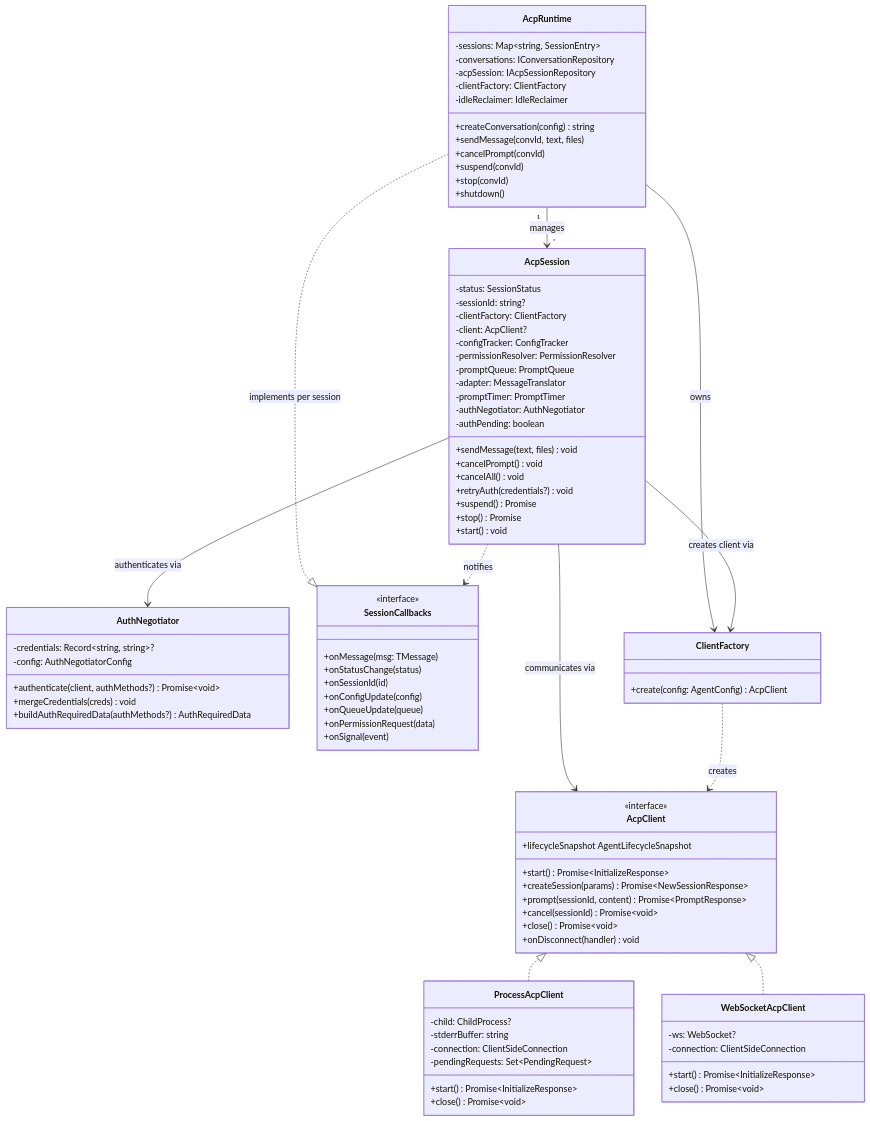
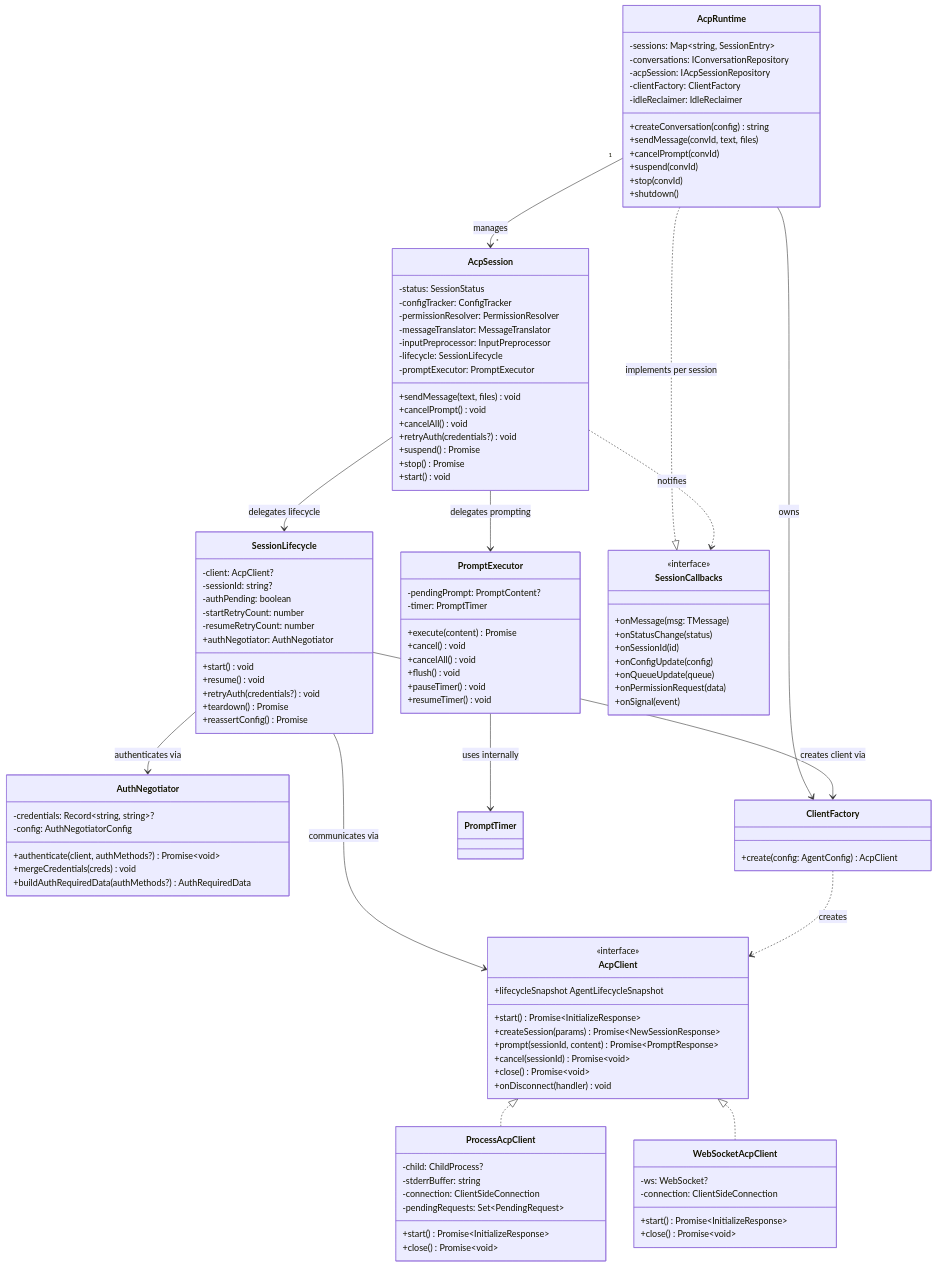
The first of 7 diagrams in docs/feature/acp-rewrite/03-architecture-design.md (iOfficeAI/AionUi), drawn with Mermaid before and after one commit. The commit also changed other lines of this file and 5 other files, not shown here.

First line of the commit message:
docs(acp): align acp-rewrite docs with SessionLifecycle/PromptExecutor refactor

```diff
--- a/docs/feature/acp-rewrite/03-architecture-design.md
+++ b/docs/feature/acp-rewrite/03-architecture-design.md
@@ -159,16 +162,12 @@
 
     class AcpSession {
         -status: SessionStatus
-        -sessionId: string?
-        -clientFactory: ClientFactory
-        -client: AcpClient?
         -configTracker: ConfigTracker
         -permissionResolver: PermissionResolver
-        -promptQueue: PromptQueue
-        -adapter: MessageTranslator
-        -promptTimer: PromptTimer
-        -authNegotiator: AuthNegotiator
-        -authPending: boolean
+        -messageTranslator: MessageTranslator
+        -inputPreprocessor: InputPreprocessor
+        -lifecycle: SessionLifecycle
+        -promptExecutor: PromptExecutor
         +sendMessage(text, files) void
         +cancelPrompt() void
         +cancelAll() void
@@ -176,6 +175,31 @@
         +suspend() Promise
         +stop() Promise
         +start() void
+    }
+
+    class SessionLifecycle {
+        -client: AcpClient?
+        -sessionId: string?
+        -authPending: boolean
+        -startRetryCount: number
+        -resumeRetryCount: number
+        +authNegotiator: AuthNegotiator
+        +start() void
+        +resume() void
+        +retryAuth(credentials?) void
+        +teardown() Promise
+        +reassertConfig() Promise
+    }
+
+    class PromptExecutor {
+        -pendingPrompt: PromptContent?
+        -timer: PromptTimer
+        +execute(content) Promise
+        +cancel() void
+        +cancelAll() void
+        +flush() void
+        +pauseTimer() void
+        +resumeTimer() void
     }
 
     class AuthNegotiator {
@@ -232,9 +256,12 @@
     AcpRuntime --> ClientFactory : owns
     AcpRuntime ..|> SessionCallbacks : implements per session
     AcpSession ..> SessionCallbacks : notifies
-    AcpSession --> ClientFactory : creates client via
-    AcpSession --> AcpClient : communicates via
-    AcpSession --> AuthNegotiator : authenticates via
+    AcpSession --> SessionLifecycle : delegates lifecycle
+    AcpSession --> PromptExecutor : delegates prompting
+    SessionLifecycle --> ClientFactory : creates client via
+    SessionLifecycle --> AcpClient : communicates via
+    SessionLifecycle --> AuthNegotiator : authenticates via
+    PromptExecutor --> PromptTimer : uses internally
     AcpClient <|.. ProcessAcpClient
     AcpClient <|.. WebSocketAcpClient
     ClientFactory ..> AcpClient : creates
```
